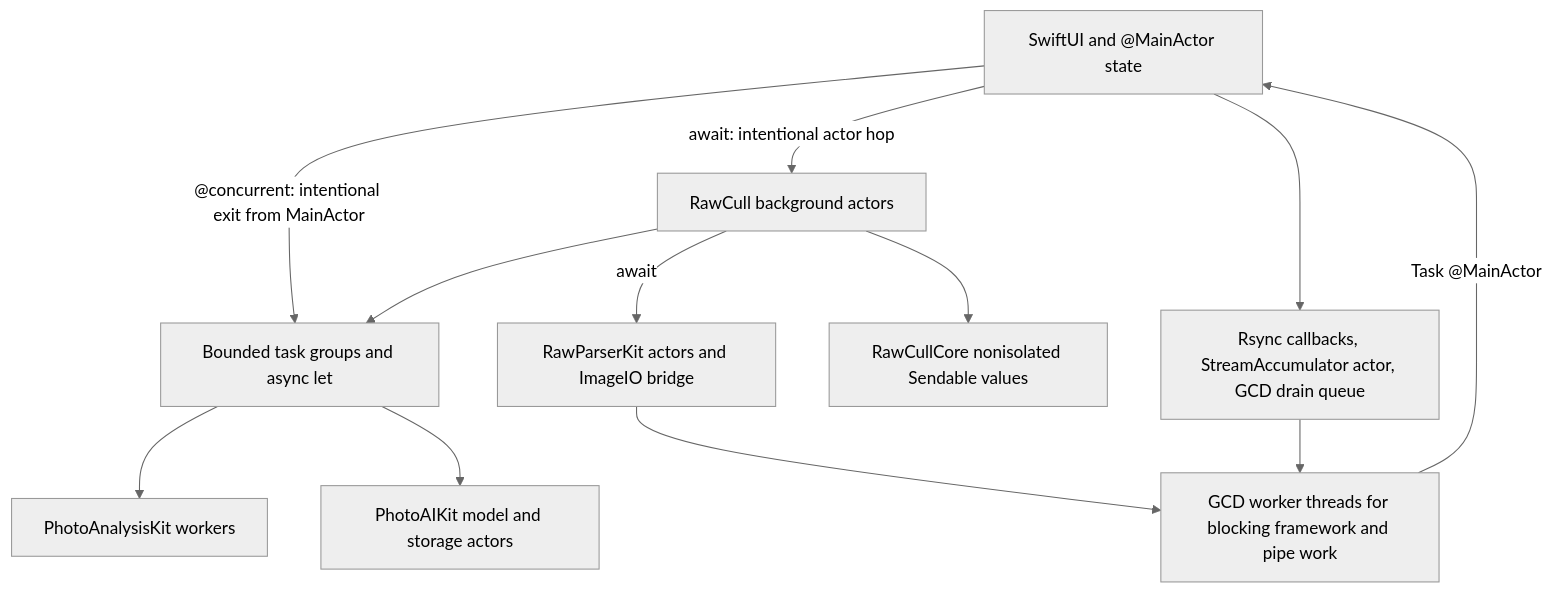
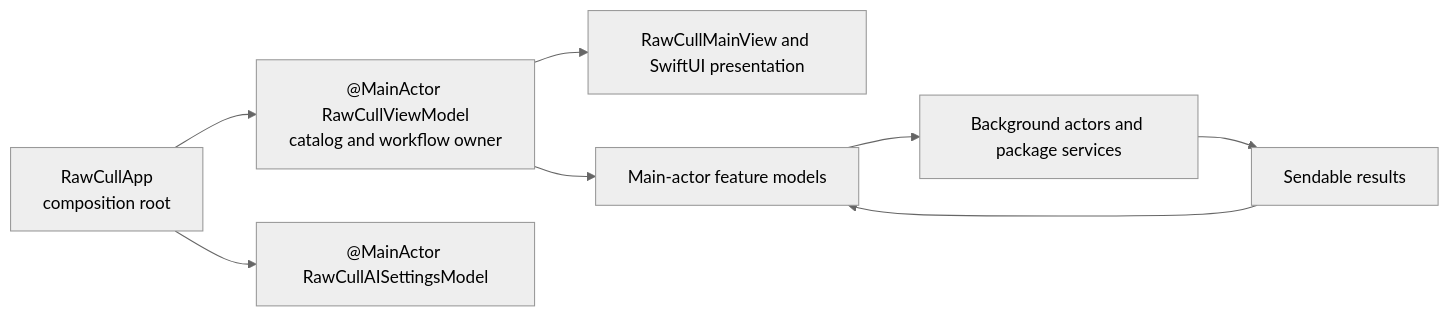
Before and after one commit to rsyncOSX/TechDocRawcull: the first of 2 diagrams in content/en/docs/concurrency.md, drawn with Mermaid (neutral theme). The commit also changed other lines of this file and 3 other files, not shown here.

````diff
--- a/content/en/docs/concurrency.md
+++ b/content/en/docs/concurrency.md
@@ -50,24 +43,10 @@
 ```mermaid
-flowchart TD
-    UI["SwiftUI and @MainActor state"]
-    APP["RawCull background actors"]
-    GROUPS["Bounded task groups and async let"]
-    PARSER["RawParserKit actors and ImageIO bridge"]
-    ANALYSIS["PhotoAnalysisKit workers"]
-    AI["PhotoAIKit model and storage actors"]
-    CORE["RawCullCore nonisolated Sendable values"]
-    RSYNC["Rsync callbacks, StreamAccumulator actor, GCD drain queue"]
-    GCD["GCD worker threads for blocking framework and pipe work"]
-
-    UI -->|"await: intentional actor hop"| APP
-    UI -->|"@concurrent: intentional exit from MainActor"| GROUPS
-    APP --> GROUPS
-    APP -->|"await"| PARSER
-    GROUPS --> ANALYSIS
-    GROUPS --> AI
-    APP --> CORE
-    UI --> RSYNC
-    PARSER --> GCD
-    RSYNC --> GCD
-    GCD -->|"Task @MainActor"| UI
+flowchart LR
+    APP["RawCullApp<br/>composition root"] --> VM["@MainActor RawCullViewModel<br/>catalog and workflow owner"]
+    APP --> AIS["@MainActor RawCullAISettingsModel"]
+    VM --> VIEW["RawCullMainView and SwiftUI presentation"]
+    VM --> MODELS["Main-actor feature models"]
+    MODELS --> ACTORS["Background actors and package services"]
+    ACTORS --> VALUES["Sendable results"]
+    VALUES --> MODELS
 ```
````
